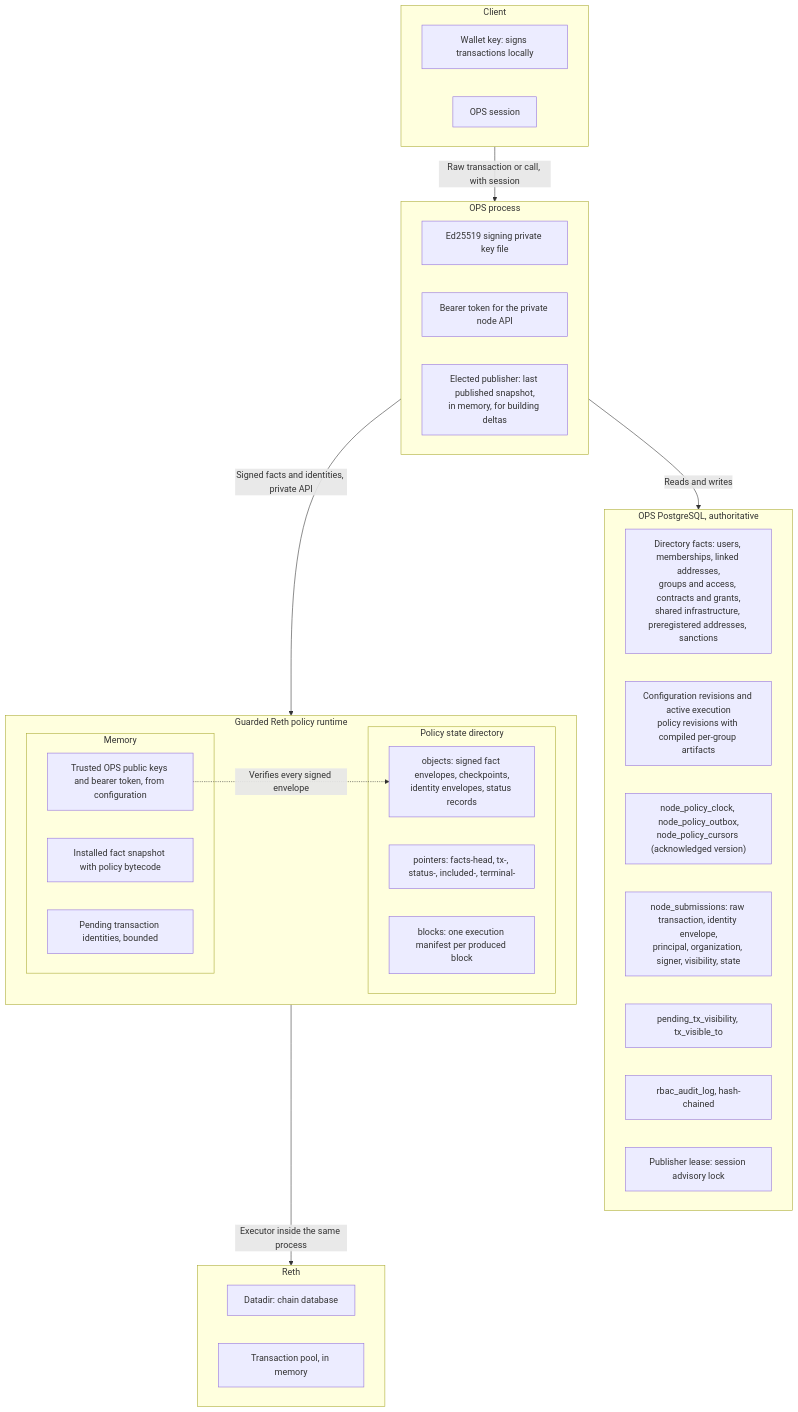
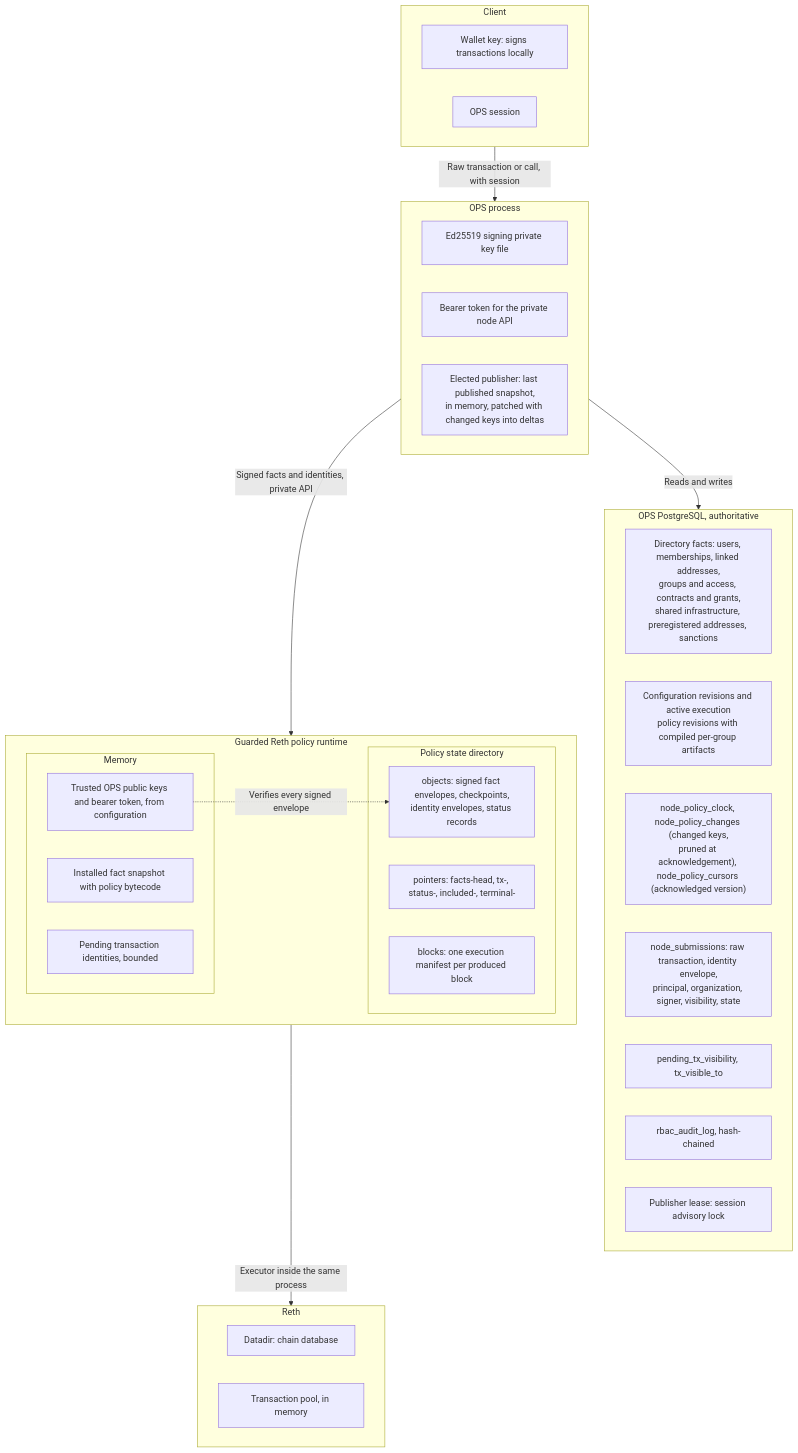
The fifth of 6 diagrams in docs/architecture/reth-execution-flow.md (LFDT-Permissioned-Privacy-Control/permissioned-privacy-control), drawn with Mermaid before and after one commit. The commit also changed other lines of this file and 19 other files, not shown here.

````diff
--- a/docs/architecture/reth-execution-flow.md
+++ b/docs/architecture/reth-execution-flow.md
@@ -276,42 +303,42 @@
 ```mermaid
 flowchart TB
     subgraph Client["Client"]
         Wallet["Wallet key: signs transactions locally"]
         Session["OPS session"]
     end
     subgraph OPSProc["OPS process"]
         SignKey["Ed25519 signing private key file"]
         NodeToken["Bearer token for the private node API"]
-        LastSnap["Elected publisher: last published snapshot,<br/>in memory, for building deltas"]
+        LastSnap["Elected publisher: last published snapshot,<br/>in memory, patched with changed keys into deltas"]
     end
     subgraph PG["OPS PostgreSQL, authoritative"]
         Directory["Directory facts: users, memberships, linked addresses,<br/>groups and access, contracts and grants,<br/>shared infrastructure, preregistered addresses, sanctions"]
         Config["Configuration revisions and active execution<br/>policy revisions with compiled per-group artifacts"]
-        Feed["node_policy_clock, node_policy_outbox,<br/>node_policy_cursors (acknowledged version)"]
+        Feed["node_policy_clock, node_policy_changes (changed keys,<br/>pruned at acknowledgement), node_policy_cursors (acknowledged version)"]
         Subs["node_submissions: raw transaction, identity envelope,<br/>principal, organization, signer, visibility, state"]
         Visibility["pending_tx_visibility, tx_visible_to"]
         Audit["rbac_audit_log, hash-chained"]
         Lease["Publisher lease: session advisory lock"]
     end
     subgraph Runtime["Guarded Reth policy runtime"]
         subgraph Memory["Memory"]
             Facts["Installed fact snapshot with policy bytecode"]
             Pending["Pending transaction identities, bounded"]
             Trust["Trusted OPS public keys and bearer token, from configuration"]
         end
         subgraph StateDir["Policy state directory"]
             Objects["objects: signed fact envelopes, checkpoints,<br/>identity envelopes, status records"]
             Pointers["pointers: facts-head, tx-, status-, included-, terminal-"]
             Blocks["blocks: one execution manifest per produced block"]
         end
     end
     subgraph Reth["Reth"]
         Chain["Datadir: chain database"]
         Pool["Transaction pool, in memory"]
     end
     Client -->|"Raw transaction or call, with session"| OPSProc
     OPSProc -->|"Reads and writes"| PG
     OPSProc -->|"Signed facts and identities, private API"| Runtime
     Trust -.->|"Verifies every signed envelope"| Objects
     Runtime -->|"Executor inside the same process"| Reth
 ```
````
